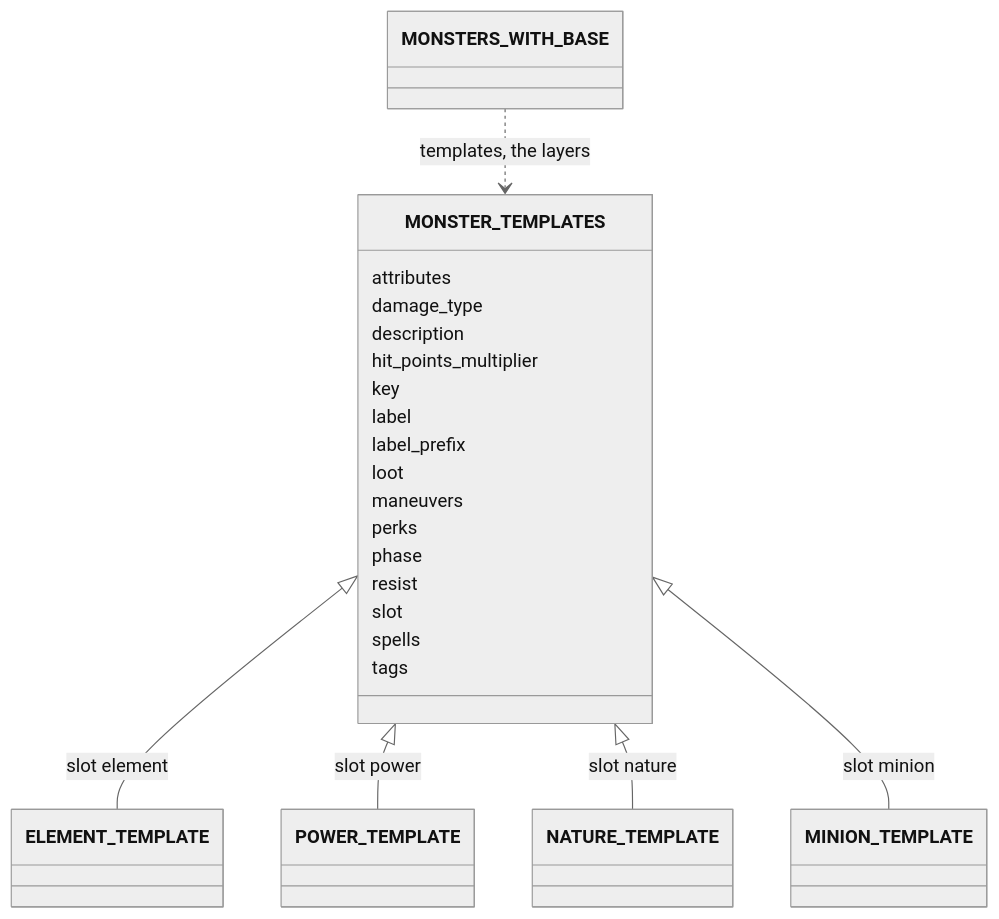
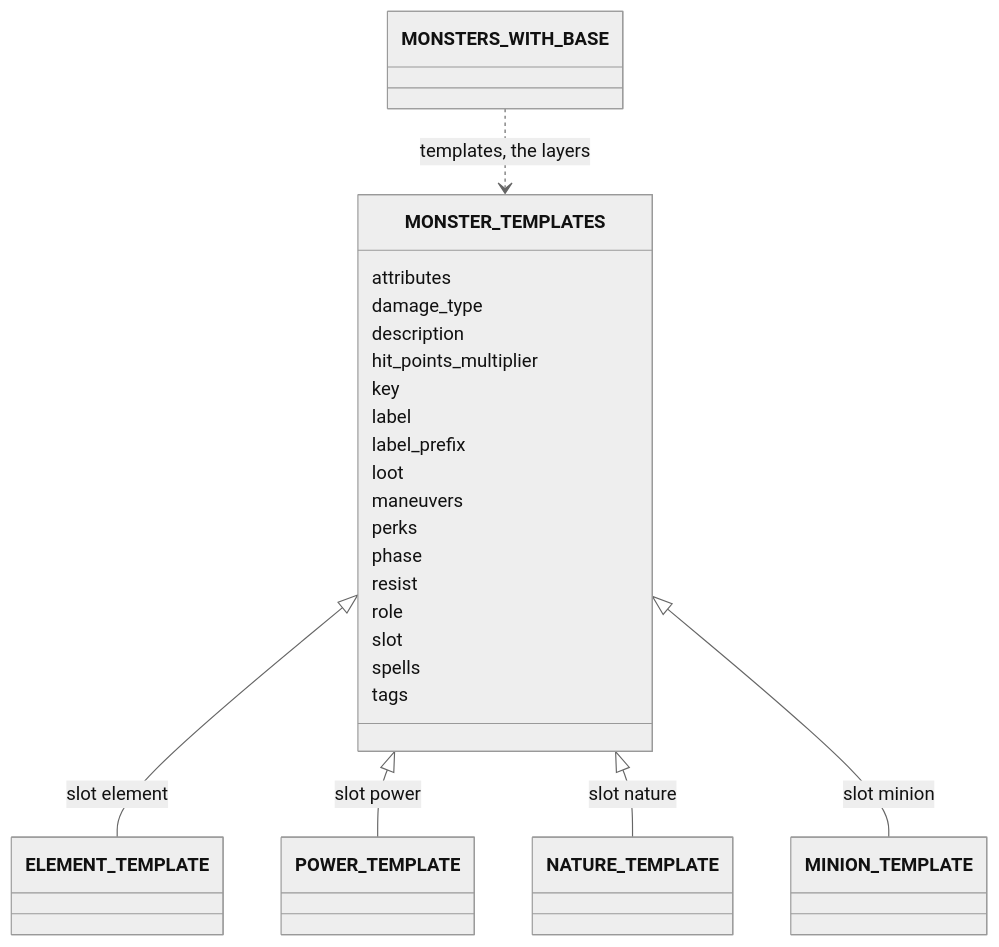
One commit to SETA1609/riftweave-core changed the seventh of 7 diagrams in docs/core/composition-diagram.md. Above: the diagram before and after it, drawn with Mermaid (neutral theme). The commit also changed 4 other files, not shown here.

Commit message:
DE_S02_03 Schema: monster_hp_multiplier by role in progression, a template's role, and role in the monster_sheet and print inputs

````diff
--- a/docs/core/composition-diagram.md
+++ b/docs/core/composition-diagram.md
@@ -231,25 +231,26 @@
 ```mermaid
 classDiagram
     class MONSTER_TEMPLATES {
         attributes
         damage_type
         description
         hit_points_multiplier
         key
         label
         label_prefix
         loot
         maneuvers
         perks
         phase
         resist
+        role
         slot
         spells
         tags
     }
     MONSTER_TEMPLATES <|-- ELEMENT_TEMPLATE : slot element
     MONSTER_TEMPLATES <|-- POWER_TEMPLATE : slot power
     MONSTER_TEMPLATES <|-- NATURE_TEMPLATE : slot nature
     MONSTER_TEMPLATES <|-- MINION_TEMPLATE : slot minion
     MONSTERS_WITH_BASE ..> MONSTER_TEMPLATES : templates, the layers
 ```
````
